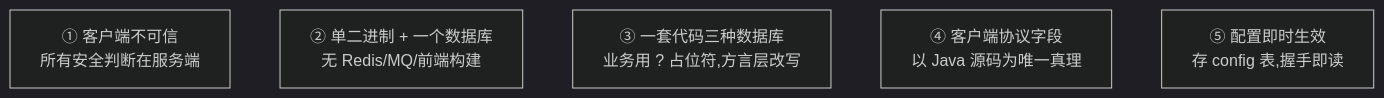
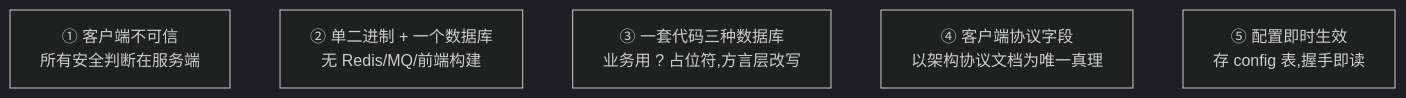
One commit to MagirecoCN-Revival-Project/magireco-cnv-server changed the first of 2 diagrams in docs/contributing/index.md. Above: the diagram before and after it, drawn with Mermaid (dark theme). The commit also changed other lines of this file and 32 other files, not shown here.

````diff
--- a/docs/contributing/index.md
+++ b/docs/contributing/index.md
@@ -12,8 +12,8 @@
 ```mermaid
 flowchart TB
     A["① 客户端不可信<br/>所有安全判断在服务端"] 
     B["② 单二进制 + 一个数据库<br/>无 Redis/MQ/前端构建"]
     C["③ 一套代码三种数据库<br/>业务用 ? 占位符,方言层改写"]
-    D["④ 客户端协议字段<br/>以 Java 源码为唯一真理"]
+    D["④ 客户端协议字段<br/>以架构协议文档为唯一真理"]
     E["⑤ 配置即时生效<br/>存 config 表,握手即读"]
 ```
````
